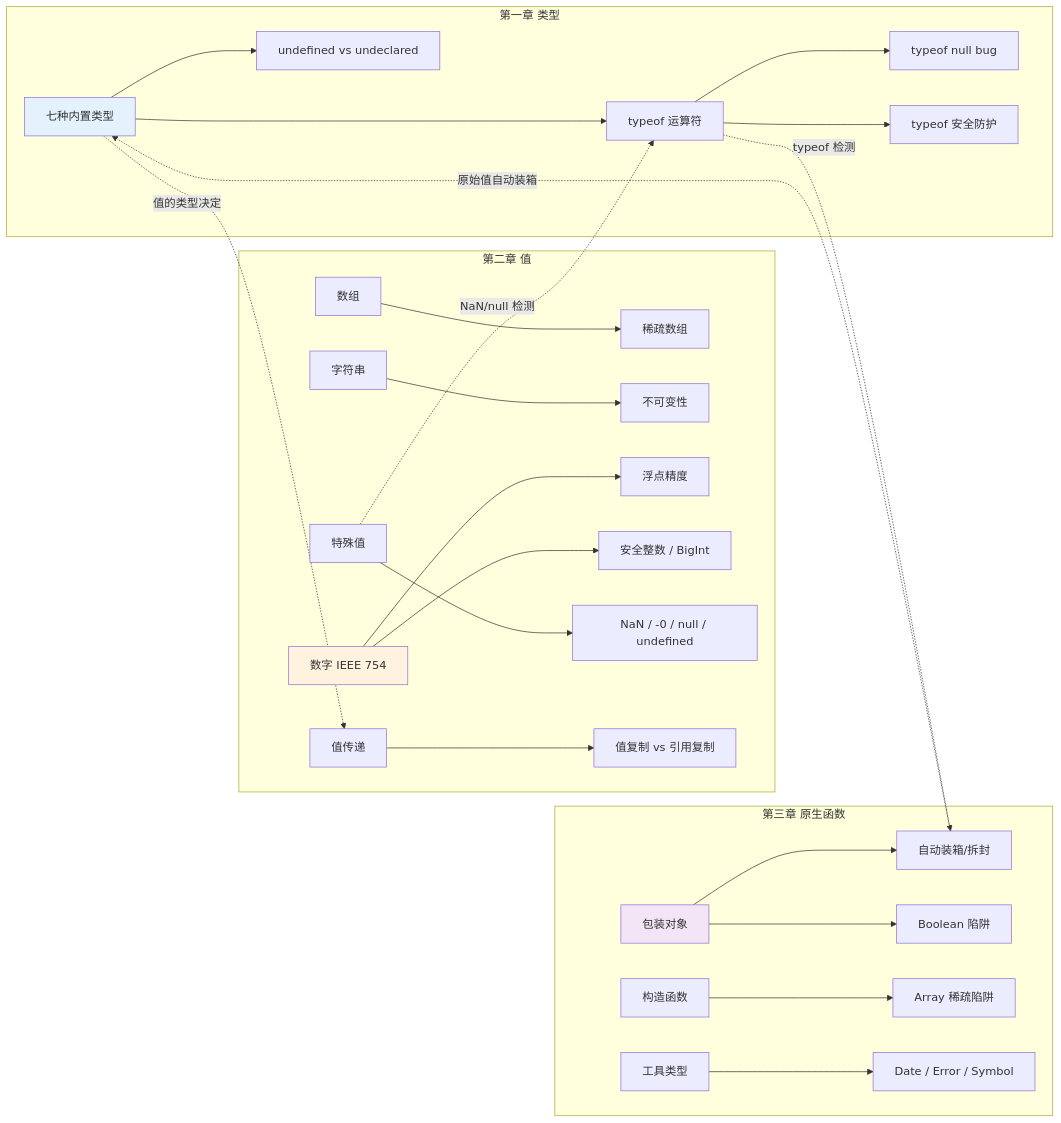
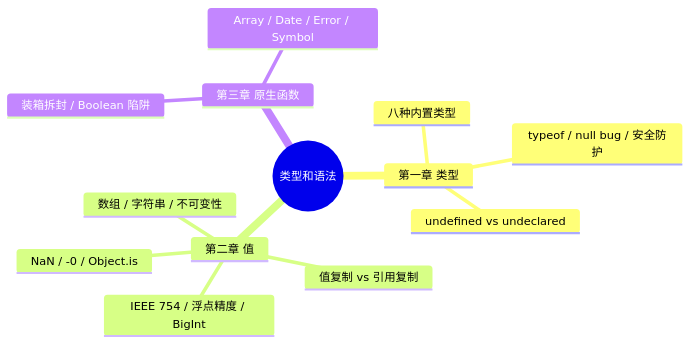
One commit to wuxudongxd/slidev-ydkjs-types changed the sixth of 6 diagrams in slides.md. Above: the diagram before and after it, drawn with Mermaid. The commit also changed other lines of this file, not shown here.

First line of the commit message:
fix: quiz interaction, BigInt, panorama mindmap

````diff
--- a/slides.md
+++ b/slides.md
@@ -1171,34 +1164,16 @@
 ```mermaid
-graph LR
-    subgraph 第一章 类型
-    A1[七种内置类型] --> A2[typeof 运算符]
-    A2 --> A3[typeof null bug]
-    A2 --> A4[typeof 安全防护]
-    A1 --> A5[undefined vs undeclared]
-    end
-
-    subgraph 第二章 值
-    B1[数组] --> B2[稀疏数组]
-    B3[字符串] --> B4[不可变性]
-    B5[数字 IEEE 754] --> B6[浮点精度]
-    B5 --> B7[安全整数 / BigInt]
-    B8[特殊值] --> B9[NaN / -0 / null / undefined]
-    B10[值传递] --> B11[值复制 vs 引用复制]
-    end
-
-    subgraph 第三章 原生函数
-    C1[包装对象] --> C2[自动装箱/拆封]
-    C1 --> C3[Boolean 陷阱]
-    C4[构造函数] --> C5[Array 稀疏陷阱]
-    C6[工具类型] --> C7[Date / Error / Symbol]
-    end
-
-    A1 -.->|值的类型决定| B10
-    A2 -.->|typeof 检测| C2
-    B8 -.->|NaN/null 检测| A2
-    C2 -.->|原始值自动装箱| A1
-
-    style A1 fill:#e3f2fd
-    style B5 fill:#fff3e0
-    style C1 fill:#f3e5f5
+mindmap
+  root((类型和语法))
+    第一章 类型
+      八种内置类型
+      typeof / null bug / 安全防护
+      undefined vs undeclared
+    第二章 值
+      数组 / 字符串 / 不可变性
+      IEEE 754 / 浮点精度 / BigInt
+      NaN / -0 / Object.is
+      值复制 vs 引用复制
+    第三章 原生函数
+      装箱拆封 / Boolean 陷阱
+      Array / Date / Error / Symbol
 ```
````
